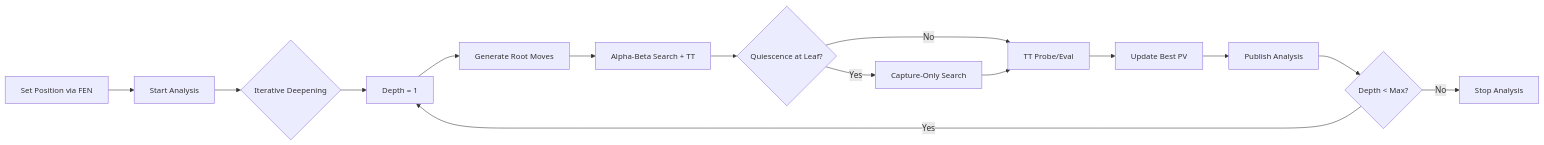
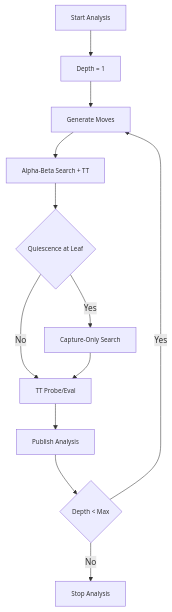
One commit to redrockstyle/evilchess changed the diagram in README.md. Above: the diagram before and after it, drawn with Mermaid.

Commit message:
good view

````diff
--- a/README.md
+++ b/README.md
@@ -33,19 +33,17 @@
 ```mermaid
-flowchart LR
-  A[Set Position via FEN]:::theme --> B[Start Analysis]:::theme
-  B[Start Analysis]:::theme --> C{Iterative Deepening}:::theme
-  C --> D[Depth = 1]:::theme
-  D --> E[Generate Root Moves]:::theme
+flowchart TD
+  A[Start Analysis]:::theme
+  A --> B[Depth = 1]:::theme
+  B --> E[Generate Moves]:::theme
   E --> F[Alpha-Beta Search + TT]:::theme
-  F --> G{Quiescence at Leaf?}:::theme
+  F --> G{Quiescence at Leaf}:::theme
   G -->|Yes| H[Capture-Only Search]:::theme
   G -->|No| I[TT Probe/Eval]:::theme
   H --> I
-  I --> J[Update Best PV]:::theme
-  J --> K[Publish Analysis]:::theme
-  K --> L{Depth < Max?}:::theme
-  L -->|Yes| D
+  I --> J[Publish Analysis]:::theme
+  J --> L{Depth < Max}:::theme
+  L -->|Yes| E
   L -->|No| M[Stop Analysis]:::theme
 
-  classDef theme font-size:15px
+  classDef theme font-size:12px
 ```
````
